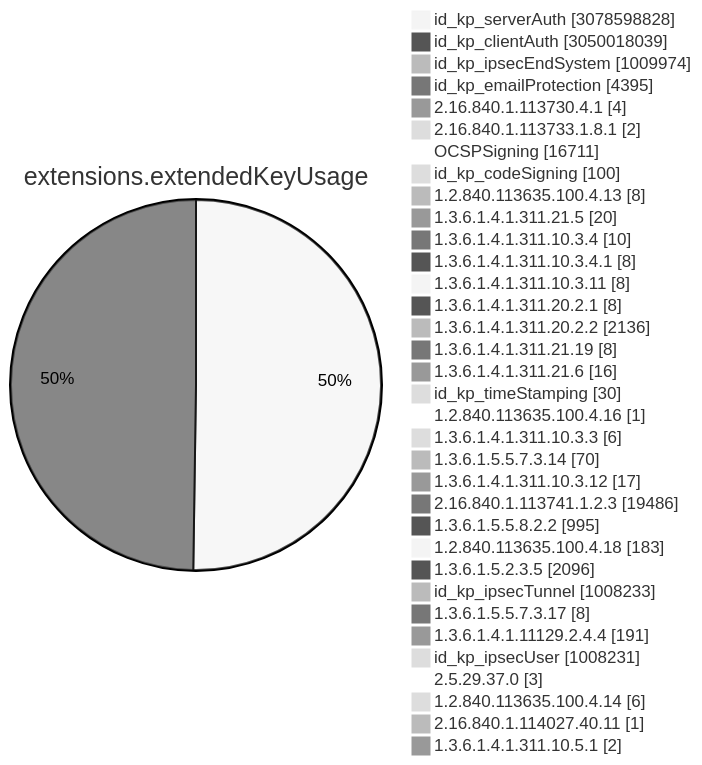
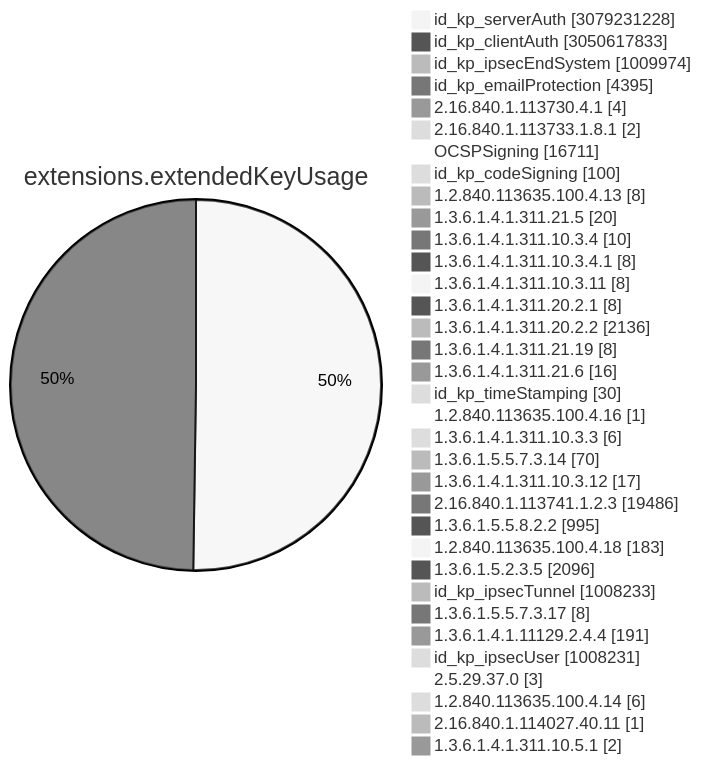
Diagram 11 of 15 in TOTAL/README.md (christiankrug/ctmonitor_visualization), drawn with Mermaid (neutral theme) before and after one commit. The commit also changed other lines of this file, not shown here.

````diff
--- a/TOTAL/README.md
+++ b/TOTAL/README.md
@@ -4119,38 +4119,38 @@
 ```mermaid
 pie showData
 title extensions.extendedKeyUsage
-"id_kp_serverAuth" :3078598828
-"id_kp_clientAuth" :3050018039
+"id_kp_serverAuth" :3079231228
+"id_kp_clientAuth" :3050617833
 "id_kp_ipsecEndSystem" :1009974
 "id_kp_emailProtection" :4395
 "2.16.840.1.113730.4.1" :4
 "2.16.840.1.113733.1.8.1" :2
 "OCSPSigning" :16711
 "id_kp_codeSigning" :100
 "1.2.840.113635.100.4.13" :8
 "1.3.6.1.4.1.311.21.5" :20
 "1.3.6.1.4.1.311.10.3.4" :10
 "1.3.6.1.4.1.311.10.3.4.1" :8
 "1.3.6.1.4.1.311.10.3.11" :8
 "1.3.6.1.4.1.311.20.2.1" :8
 "1.3.6.1.4.1.311.20.2.2" :2136
 "1.3.6.1.4.1.311.21.19" :8
 "1.3.6.1.4.1.311.21.6" :16
 "id_kp_timeStamping" :30
 "1.2.840.113635.100.4.16" :1
 "1.3.6.1.4.1.311.10.3.3" :6
 "1.3.6.1.5.5.7.3.14" :70
 "1.3.6.1.4.1.311.10.3.12" :17
 "2.16.840.1.113741.1.2.3" :19486
 "1.3.6.1.5.5.8.2.2" :995
 "1.2.840.113635.100.4.18" :183
 "1.3.6.1.5.2.3.5" :2096
 "id_kp_ipsecTunnel" :1008233
 "1.3.6.1.5.5.7.3.17" :8
 "1.3.6.1.4.1.11129.2.4.4" :191
 "id_kp_ipsecUser" :1008231
 "2.5.29.37.0" :3
 "1.2.840.113635.100.4.14" :6
 "2.16.840.1.114027.40.11" :1
 "1.3.6.1.4.1.311.10.5.1" :2
 ```
````
